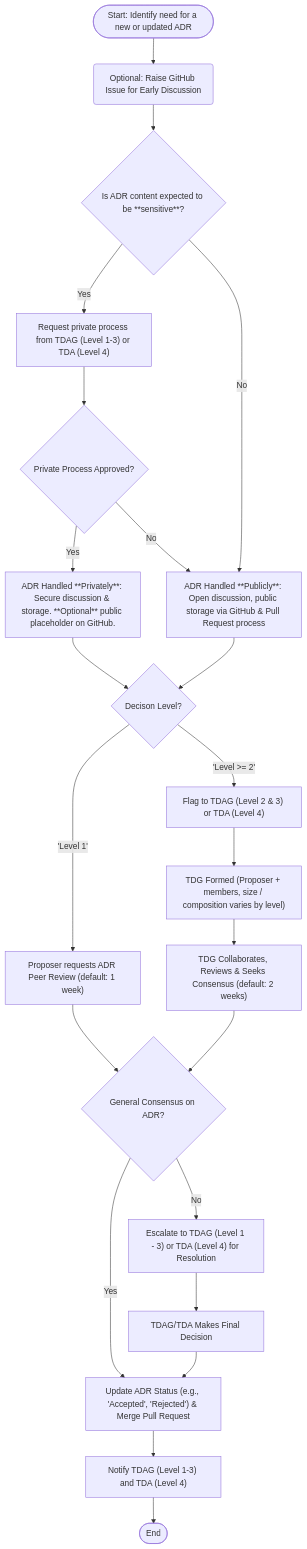
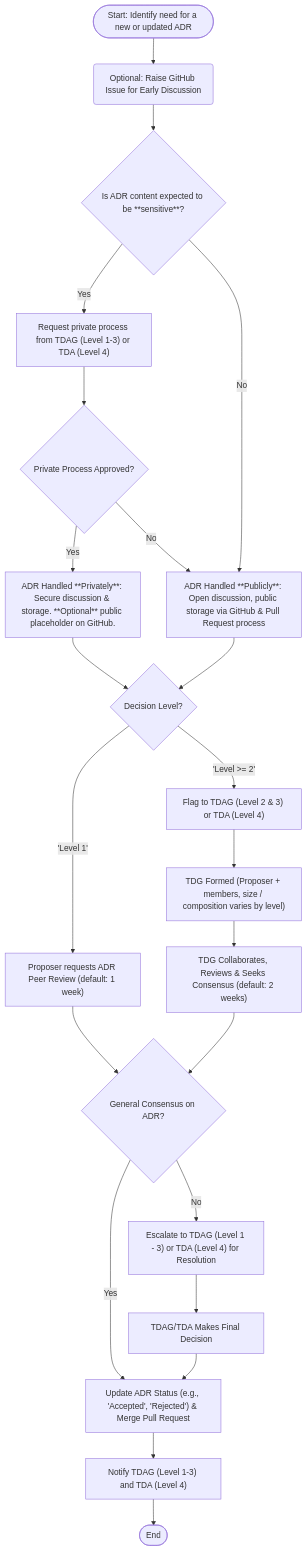
One commit to GIGCymru/architecture changed the second of 2 diagrams in doc/design-authority/dhcw/architecture-decision-record-process/index.md. Above: the diagram before and after it, drawn with Mermaid.

````diff
--- a/doc/design-authority/dhcw/architecture-decision-record-process/index.md
+++ b/doc/design-authority/dhcw/architecture-decision-record-process/index.md
@@ -489,39 +489,39 @@
 ```mermaid
 graph TD
     accTitle: ADR Workflow
     accDescr: Flowchart showing the typical steps for proposing, developing, and deciding on an Architecture Decision Record.
 
     Start(["Start: Identify need for a new or updated ADR"]) --> Raise_GitHub_Issue("Optional: Raise GitHub Issue for Early Discussion");
     Raise_GitHub_Issue          --> Is_Sensitive{"Is ADR content expected to be **sensitive**?"};
 
     %% Private or Public ADR
     Is_Sensitive        -- Yes  --> Request_Private["Request private process from TDAG (Level 1-3) or TDA (Level 4)"];
     Is_Sensitive        -- No   --> Process_Publicly;
 
     Request_Private             --> Private_Approval{"Private Process Approved?"};
     Private_Approval    -- Yes  --> Process_Privately["ADR Handled **Privately**: Secure discussion & storage. **Optional** public placeholder on GitHub."];
     Private_Approval    -- No   --> Process_Publicly["ADR Handled **Publicly**: Open discussion, public storage via GitHub & Pull Request process"];
-    Process_Privately           --> TDG_Decision{"Decison Level?"};
+    Process_Privately           --> TDG_Decision{"Decision Level?"};
     Process_Publicly            --> TDG_Decision;
 
     %% Level 1 Process
     TDG_Decision        -- 'Level 1'    --> Peer_Review_ADR["Proposer requests ADR Peer Review (default: 1 week)"];
     Peer_Review_ADR     --> TDG_Consensus_Q
 
     %% Level 2 - 4 Process
     TDG_Decision        -- 'Level >= 2' --> Flag_TDAG_TDA["Flag to TDAG (Level 2 & 3) or TDA (Level 4)"];
 
     Flag_TDAG_TDA --> TDG_Formed["TDG Formed (Proposer + members, size / composition varies by level)"];
 
     TDG_Formed --> TDG_Collaboration["TDG Collaborates, Reviews & Seeks Consensus (default: 2 weeks)"];
 
     TDG_Collaboration --> TDG_Consensus_Q{"General Consensus on ADR?"};
     TDG_Consensus_Q -- Yes --> Accept_Reject_ADR;
     TDG_Consensus_Q -- No --> Escalate["Escalate to TDAG (Level 1 - 3) or TDA (Level 4) for Resolution"];
     Escalate --> TDAG_TDA_Decides["TDAG/TDA Makes Final Decision"];
     TDAG_TDA_Decides --> Accept_Reject_ADR;
 
     %% Finalise ADR
     Accept_Reject_ADR["Update ADR Status (e.g., 'Accepted', 'Rejected') & Merge Pull Request"] --> Notify_Governance["Notify TDAG (Level 1-3) and TDA (Level 4)"];
     Notify_Governance --> End(["End"]);
 ```
````
